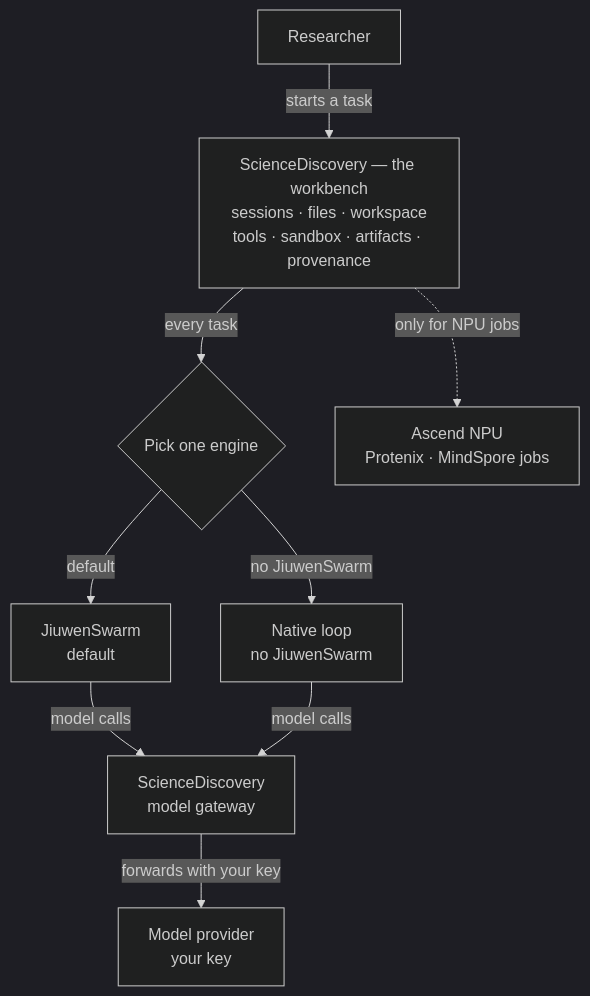
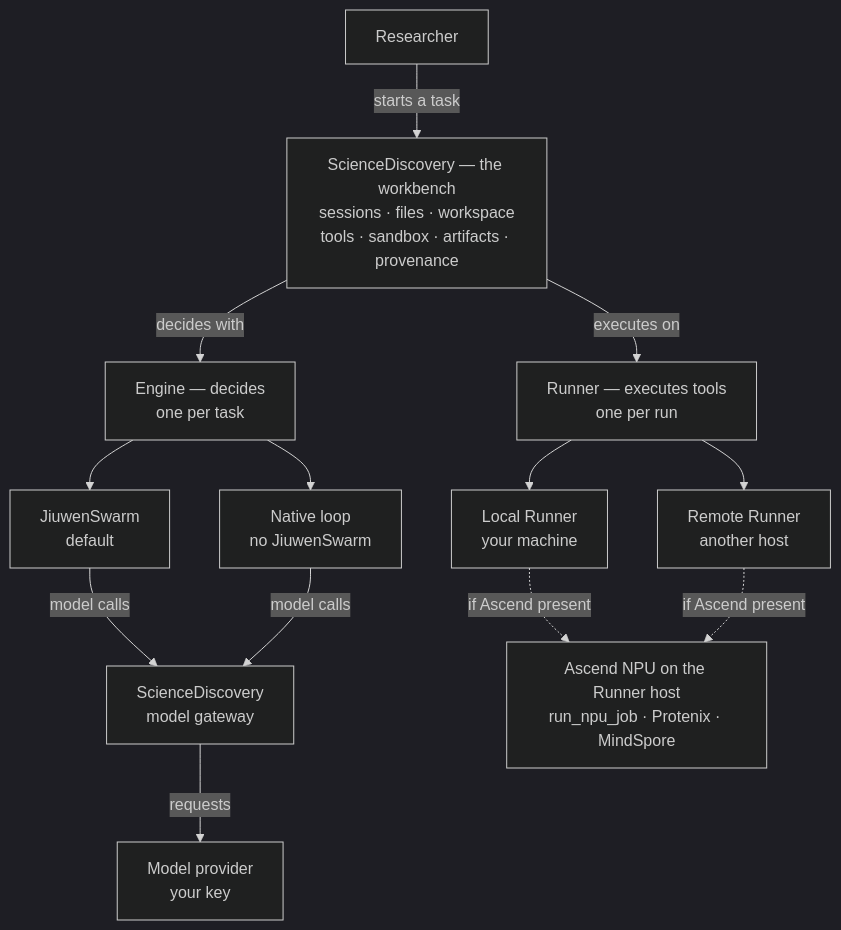
One commit to michaelatamuk/agentic-desk changed the first of 5 diagrams in company/sciencediscovery/overview.md. Above: the diagram before and after it, drawn with Mermaid (dark theme). The commit also changed other lines of this file, not shown here.

Commit message:
docs(company): redraw ScienceDiscovery around engine and runner layers

````diff
--- a/company/sciencediscovery/overview.md
+++ b/company/sciencediscovery/overview.md
@@ -32,20 +32,28 @@
 ```mermaid
 flowchart TD
   R["Researcher"]
   SD["ScienceDiscovery — the workbench<br/>sessions · files · workspace<br/>tools · sandbox · artifacts · provenance"]
-  M{"Pick one engine"}
+  ENG["Engine — decides<br/>one per task"]
   JS["JiuwenSwarm<br/>default"]
   NL["Native loop<br/>no JiuwenSwarm"]
   GW["ScienceDiscovery<br/>model gateway"]
   MP["Model provider<br/>your key"]
-  NPU["Ascend NPU<br/>Protenix · MindSpore jobs"]
+  RUN["Runner — executes tools<br/>one per run"]
+  LR["Local Runner<br/>your machine"]
+  RR["Remote Runner<br/>another host"]
+  NPU["Ascend NPU on the Runner host<br/>run_npu_job · Protenix · MindSpore"]
 
   R -->|"starts a task"| SD
-  SD -->|"every task"| M
-  M -->|"default"| JS
-  M -->|"no JiuwenSwarm"| NL
+  SD -->|"decides with"| ENG
+  ENG --> JS
+  ENG --> NL
   JS -->|"model calls"| GW
   NL -->|"model calls"| GW
-  GW -->|"forwards with your key"| MP
-  SD -.->|"only for NPU jobs"| NPU
+  GW -->|"requests"| MP
+
+  SD -->|"executes on"| RUN
+  RUN --> LR
+  RUN --> RR
+  LR -.->|"if Ascend present"| NPU
+  RR -.->|"if Ascend present"| NPU
 ```
````
